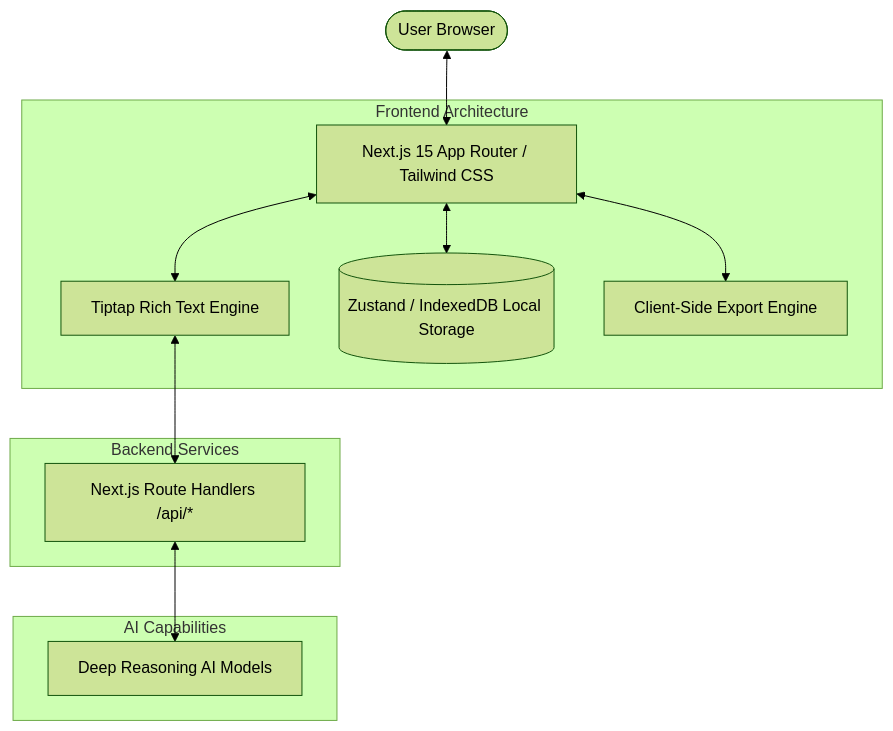
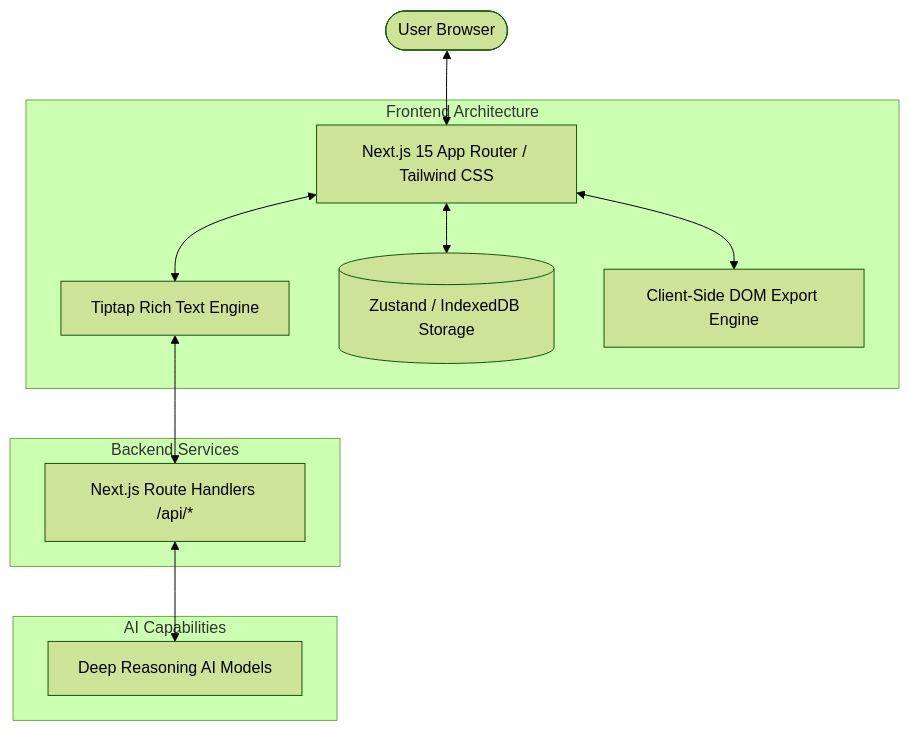
One commit to cuda-cookie/jobly-resume changed the first of 3 diagrams in README.md. Above: the diagram before and after it, drawn with Mermaid (forest theme). The commit also changed other lines of this file, not shown here.

Commit message:
docs: expand README with detailed architecture and data flow diagrams

````diff
--- a/README.md
+++ b/README.md
@@ -23,26 +62,26 @@
 ```mermaid
 graph TD
     User([User Browser])
     
     subgraph "Frontend Architecture"
         UI[Next.js 15 App Router / Tailwind CSS]
         Editor[Tiptap Rich Text Engine]
-        State[(Zustand / IndexedDB Local Storage)]
-        Export[Client-Side Export Engine]
+        State[(Zustand / IndexedDB Storage)]
+        Export[Client-Side DOM Export Engine]
     end
 
     subgraph "Backend Services"
         API[Next.js Route Handlers /api/*]
     end
 
     subgraph "AI Capabilities"
         AI[Deep Reasoning AI Models]
     end
 
     User <--> UI
     UI <--> Editor
     UI <--> State
     Editor <--> API
     API <--> AI
     UI <--> Export
 ```
````
